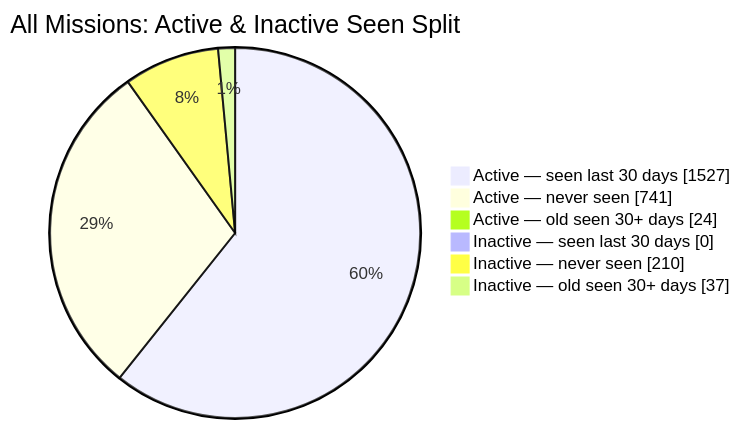
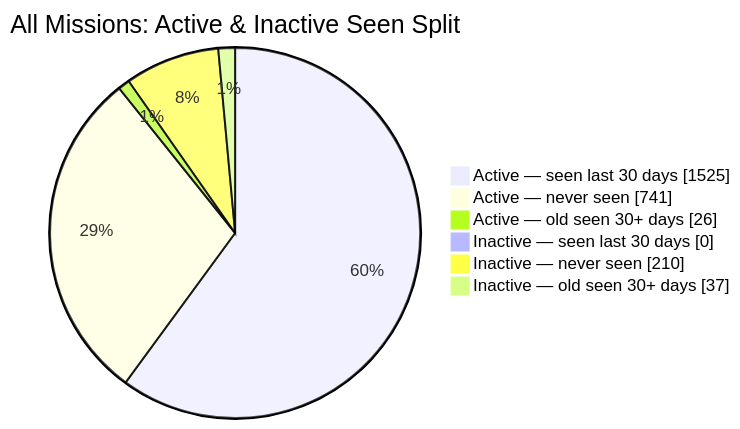
One commit to MeldkamerspelGameTeam/active-missions changed the second of 2 diagrams in README.md. Above: the diagram before and after it, drawn with Mermaid. The commit also changed other lines of this file and 3 other files, not shown here.

````diff
--- a/README.md
+++ b/README.md
@@ -44,10 +44,10 @@
 ```mermaid
 pie showData
     title All Missions: Active & Inactive Seen Split
-    "Active — seen last 30 days" : 1527
+    "Active — seen last 30 days" : 1525
     "Active — never seen" : 741
-    "Active — old seen 30+ days" : 24
+    "Active — old seen 30+ days" : 26
     "Inactive — seen last 30 days" : 0
     "Inactive — never seen" : 210
     "Inactive — old seen 30+ days" : 37
 ```
````
